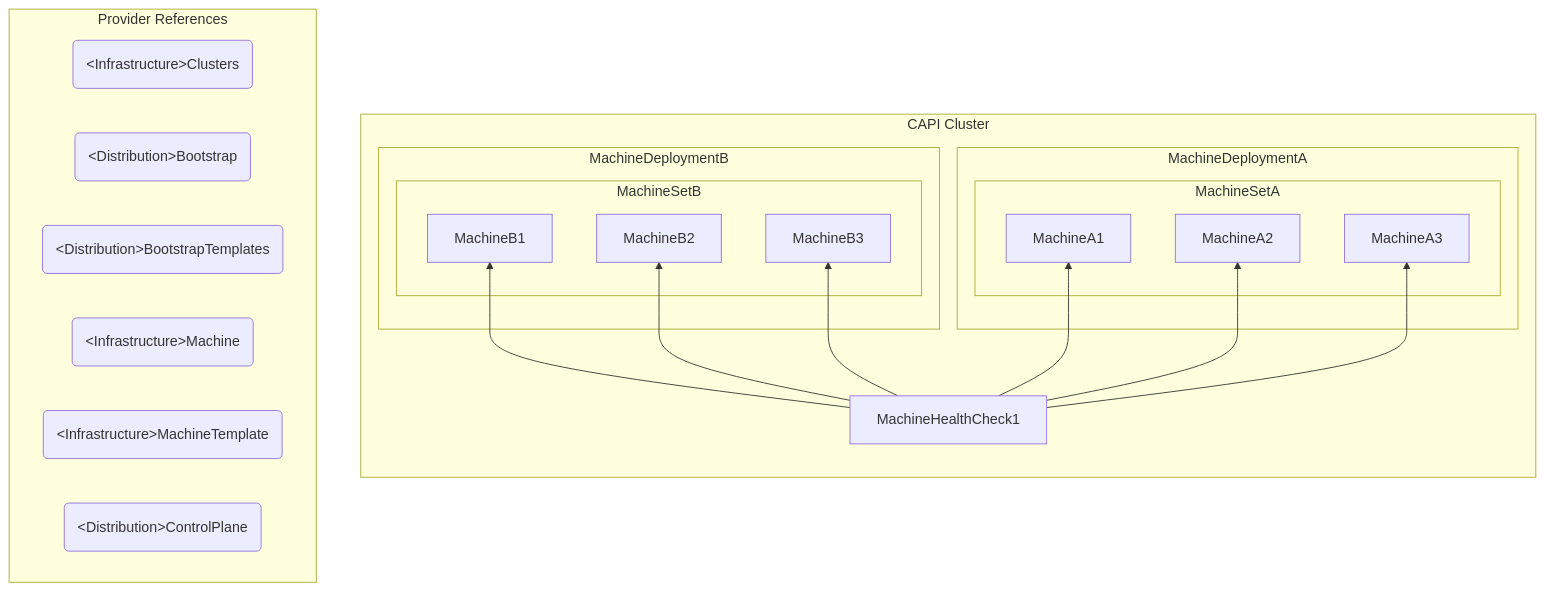
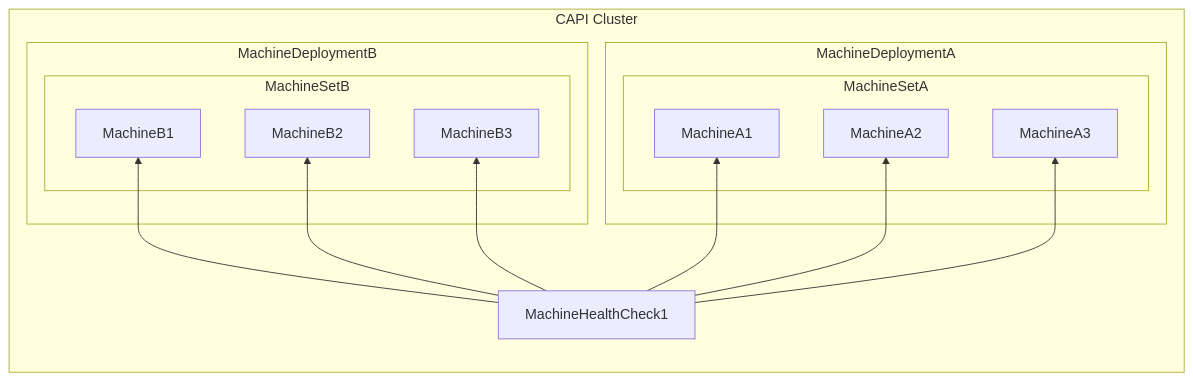
The first of 3 diagrams in docs/provisioning/00_capi.md (aiyengar2/k8s-docs), drawn with Mermaid before and after one commit.

````diff
--- a/docs/provisioning/00_capi.md
+++ b/docs/provisioning/00_capi.md
@@ -16,37 +16,28 @@
 ```mermaid
 graph TD
     subgraph CAPI Cluster
     direction BT
     subgraph MachineDeploymentA
     subgraph MachineSetA
     MachineA1
     MachineA2
     MachineA3
     end
     end
     subgraph MachineDeploymentB
     subgraph MachineSetB
     MachineB1
     MachineB2
     MachineB3
     end
     end
     MachineHealthCheck1
     end
 
-    subgraph Provider References
-    InfrastructureCluster("&ltInfrastructure&gtClusters")
-    DistributionBootstrap("&ltDistribution&gtBootstrap")
-    DistributionBootstrapTemplate("&ltDistribution&gtBootstrapTemplates")
-    InfrastructureMachine("&ltInfrastructure&gtMachine")
-    InfrastructureMachineTemplate("&ltInfrastructure&gtMachineTemplate")
-    DistributionControlPlane("&ltDistribution&gtControlPlane")
-    end
-
     MachineHealthCheck1-->MachineA1
     MachineHealthCheck1-->MachineA2
     MachineHealthCheck1-->MachineA3
     MachineHealthCheck1-->MachineB1
     MachineHealthCheck1-->MachineB2
     MachineHealthCheck1-->MachineB3
 ```
````
